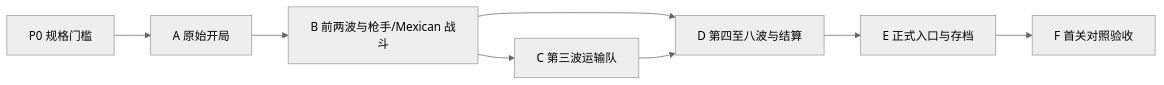
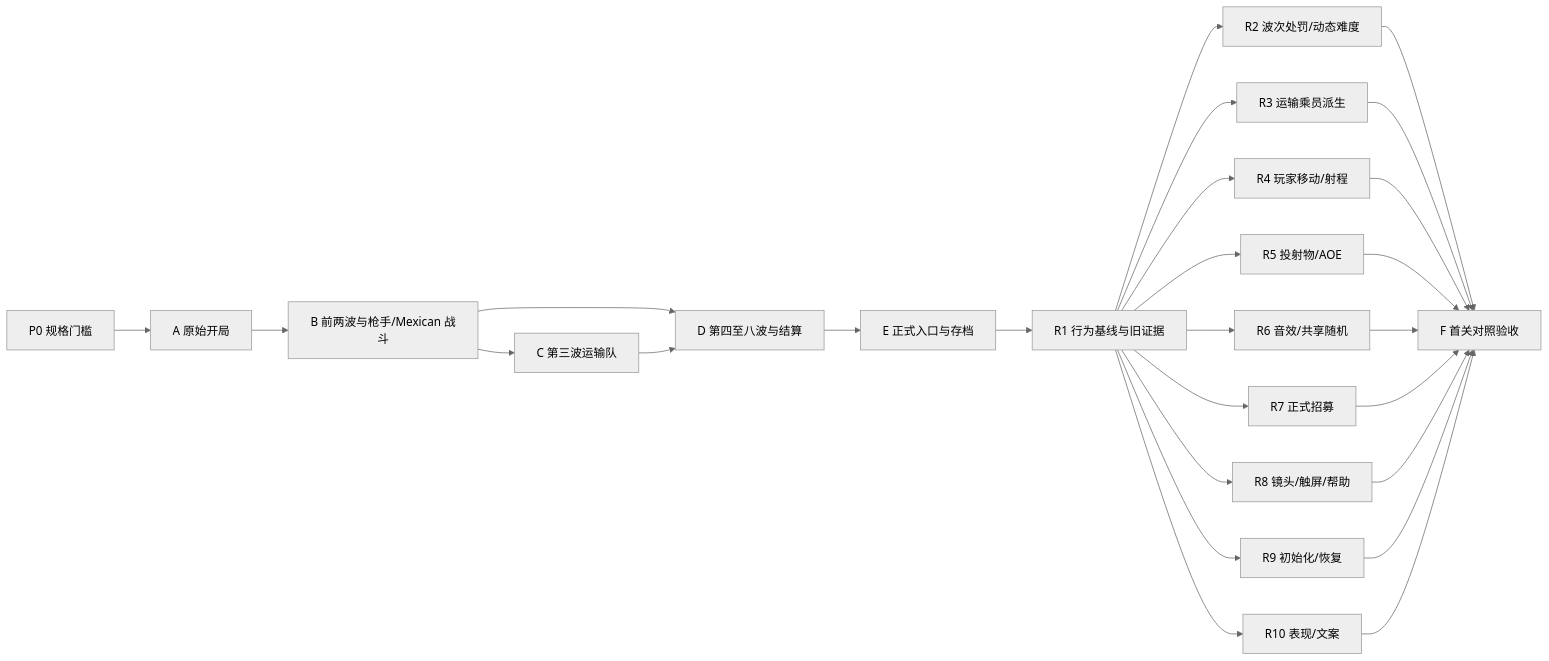
The second of 2 diagrams in apps/gunsnglory/docs/implementation-plan.md (wishflow/wishflow-tools), drawn with Mermaid (neutral theme) before and after one commit. The commit also changed other lines of this file and 12 other files, not shown here.

````diff
--- a/apps/gunsnglory/docs/implementation-plan.md
+++ b/apps/gunsnglory/docs/implementation-plan.md
@@ -168,10 +196,28 @@
 ```mermaid
 flowchart LR
     P0["P0 规格门槛"] --> A["A 原始开局"]
     A --> B["B 前两波与枪手/Mexican 战斗"]
     B --> C["C 第三波运输队"]
     B --> D["D 第四至八波与结算"]
     C --> D
     D --> E["E 正式入口与存档"]
-    E --> F["F 首关对照验收"]
+    E --> R1["R1 行为基线与旧证据"]
+    R1 --> R2["R2 波次处罚/动态难度"]
+    R1 --> R3["R3 运输乘员派生"]
+    R1 --> R4["R4 玩家移动/射程"]
+    R1 --> R5["R5 投射物/AOE"]
+    R1 --> R6["R6 音效/共享随机"]
+    R1 --> R7["R7 正式招募"]
+    R1 --> R8["R8 镜头/触屏/帮助"]
+    R1 --> R9["R9 初始化/恢复"]
+    R1 --> R10["R10 表现/文案"]
+    R2 --> F["F 首关对照验收"]
+    R3 --> F
+    R4 --> F
+    R5 --> F
+    R6 --> F
+    R7 --> F
+    R8 --> F
+    R9 --> F
+    R10 --> F
 ```
````
